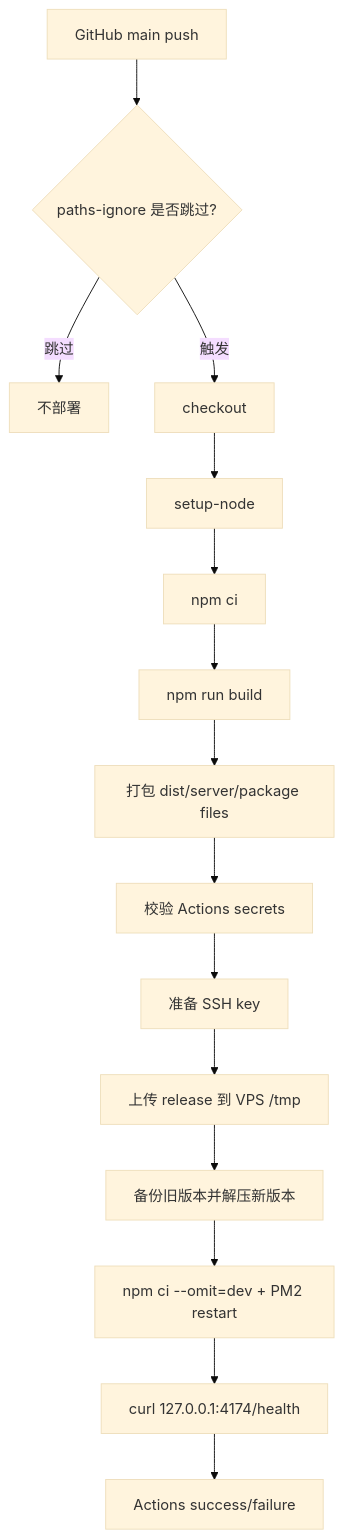
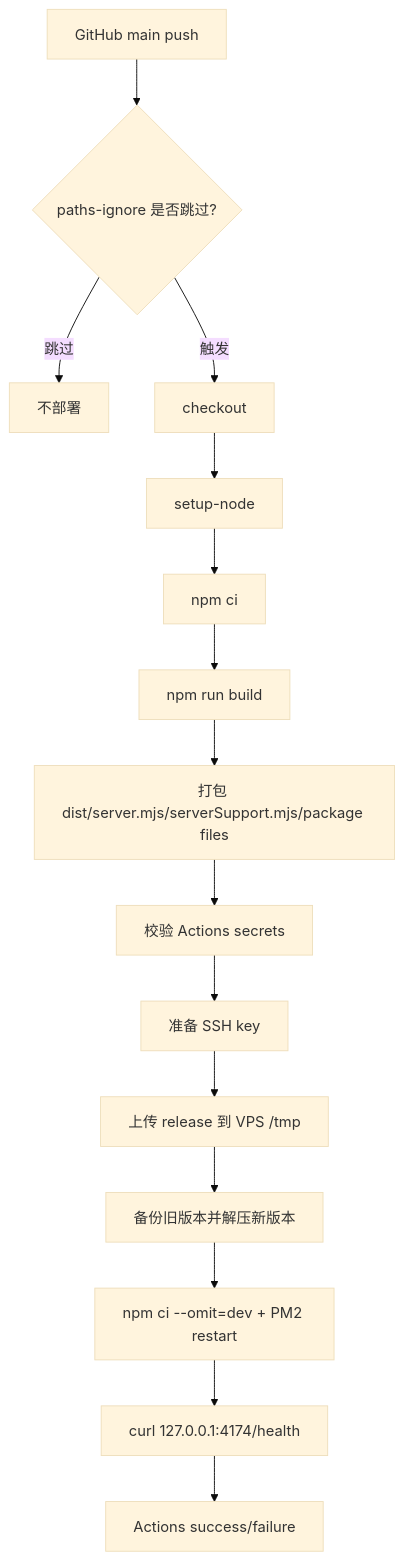
One commit to ttmanthatman/virtual-human-flow changed diagram 28 of 30 in docs/SYSTEM_FLOW.md. Above: the diagram before and after it, drawn with Mermaid (base theme). The commit also changed other lines of this file and 2 other files, not shown here.

Commit message:
fix: include server support in production release

````diff
--- a/docs/SYSTEM_FLOW.md
+++ b/docs/SYSTEM_FLOW.md
@@ -596,17 +596,17 @@
 ```mermaid
 flowchart TD
     PUSH["GitHub main push"] --> FILTER{"paths-ignore 是否跳过?"}
     FILTER -- "跳过" --> END["不部署"]
     FILTER -- "触发" --> CHECKOUT["checkout"]
     CHECKOUT --> NODE["setup-node"]
     NODE --> INSTALL["npm ci"]
     INSTALL --> BUILD["npm run build"]
-    BUILD --> PACKAGE["打包 dist/server/package files"]
+    BUILD --> PACKAGE["打包 dist/server.mjs/serverSupport.mjs/package files"]
     PACKAGE --> SECRETS["校验 Actions secrets"]
     SECRETS --> SSH["准备 SSH key"]
     SSH --> UPLOAD["上传 release 到 VPS /tmp"]
     UPLOAD --> ACTIVATE["备份旧版本并解压新版本"]
     ACTIVATE --> PM2["npm ci --omit=dev + PM2 restart"]
     PM2 --> HEALTH["curl 127.0.0.1:4174/health"]
     HEALTH --> RESULT["Actions success/failure"]
 ```
````
